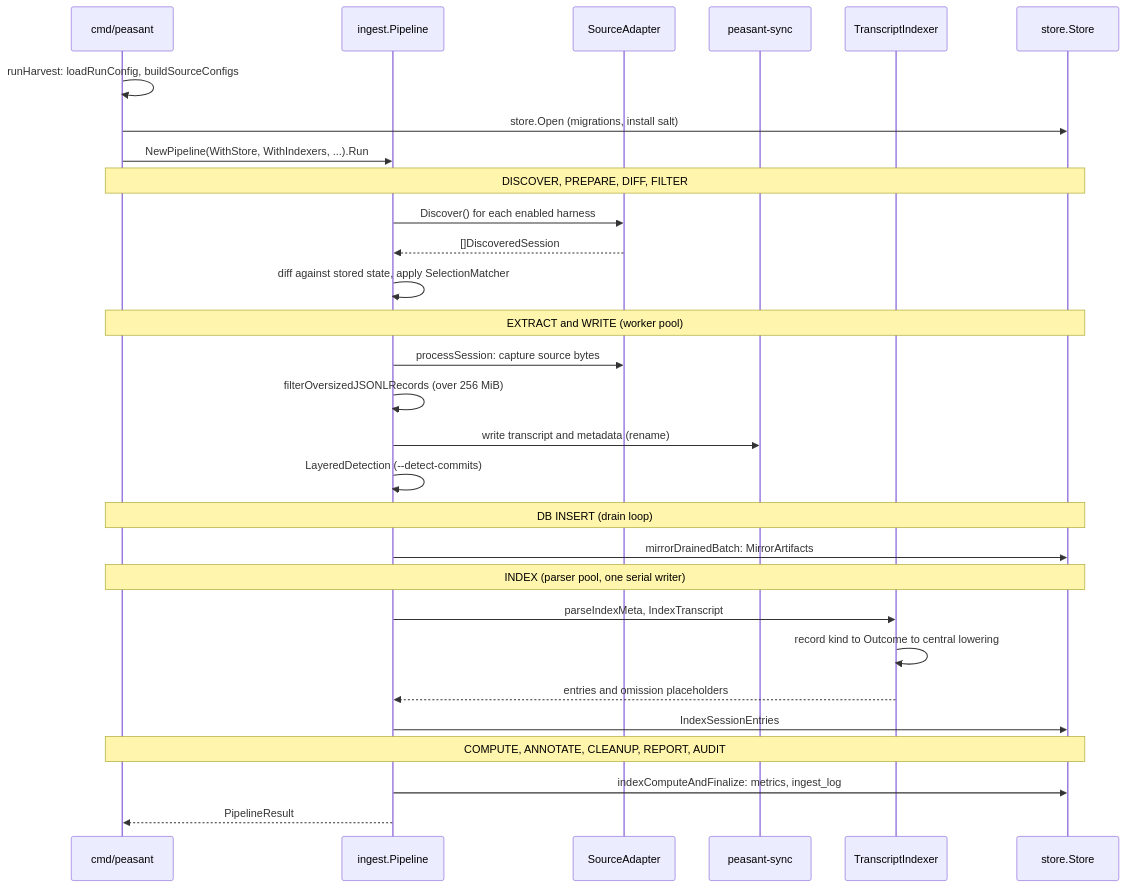
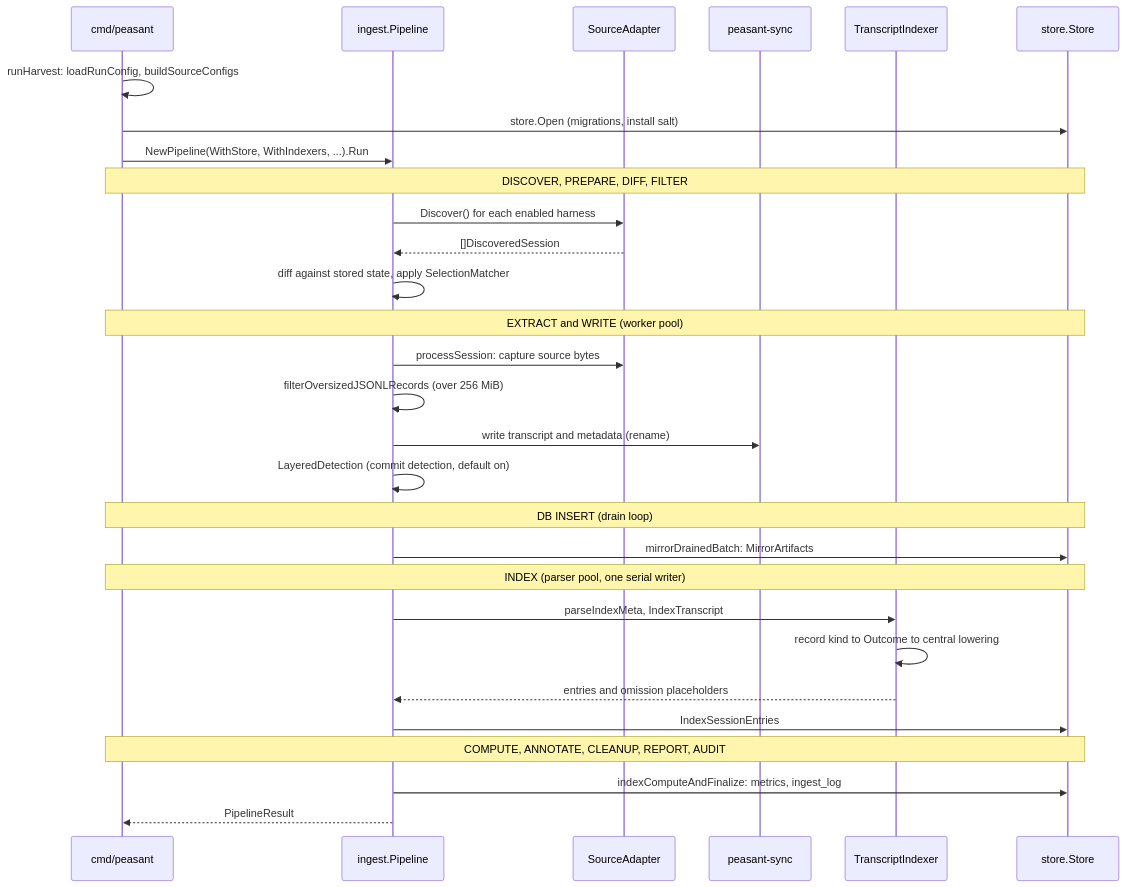
One commit to peasant-labs/peasant changed diagram 12 of 19 in docs/architecture.md. Above: the diagram before and after it, drawn with Mermaid. The commit also changed other lines of this file and 77 other files, not shown here.

First line of the commit message:
feat(ingest): detect session commits by default

````diff
--- a/docs/architecture.md
+++ b/docs/architecture.md
@@ -490,31 +490,31 @@
 ```mermaid
 sequenceDiagram
   participant cli as cmd/peasant
   participant pipe as ingest.Pipeline
   participant ad as SourceAdapter
   participant sync as peasant-sync
   participant idx as TranscriptIndexer
   participant st as store.Store
   cli->>cli: runHarvest: loadRunConfig, buildSourceConfigs
   cli->>st: store.Open (migrations, install salt)
   cli->>pipe: NewPipeline(WithStore, WithIndexers, ...).Run
   Note over cli,st: DISCOVER, PREPARE, DIFF, FILTER
   pipe->>ad: Discover() for each enabled harness
   ad-->>pipe: []DiscoveredSession
   pipe->>pipe: diff against stored state, apply SelectionMatcher
   Note over cli,st: EXTRACT and WRITE (worker pool)
   pipe->>ad: processSession: capture source bytes
   pipe->>pipe: filterOversizedJSONLRecords (over 256 MiB)
   pipe->>sync: write transcript and metadata (rename)
-  pipe->>pipe: LayeredDetection (--detect-commits)
+  pipe->>pipe: LayeredDetection (commit detection, default on)
   Note over cli,st: DB INSERT (drain loop)
   pipe->>st: mirrorDrainedBatch: MirrorArtifacts
   Note over cli,st: INDEX (parser pool, one serial writer)
   pipe->>idx: parseIndexMeta, IndexTranscript
   idx->>idx: record kind to Outcome to central lowering
   idx-->>pipe: entries and omission placeholders
   pipe->>st: IndexSessionEntries
   Note over cli,st: COMPUTE, ANNOTATE, CLEANUP, REPORT, AUDIT
   pipe->>st: indexComputeAndFinalize: metrics, ingest_log
   pipe-->>cli: PipelineResult
 ```
````
